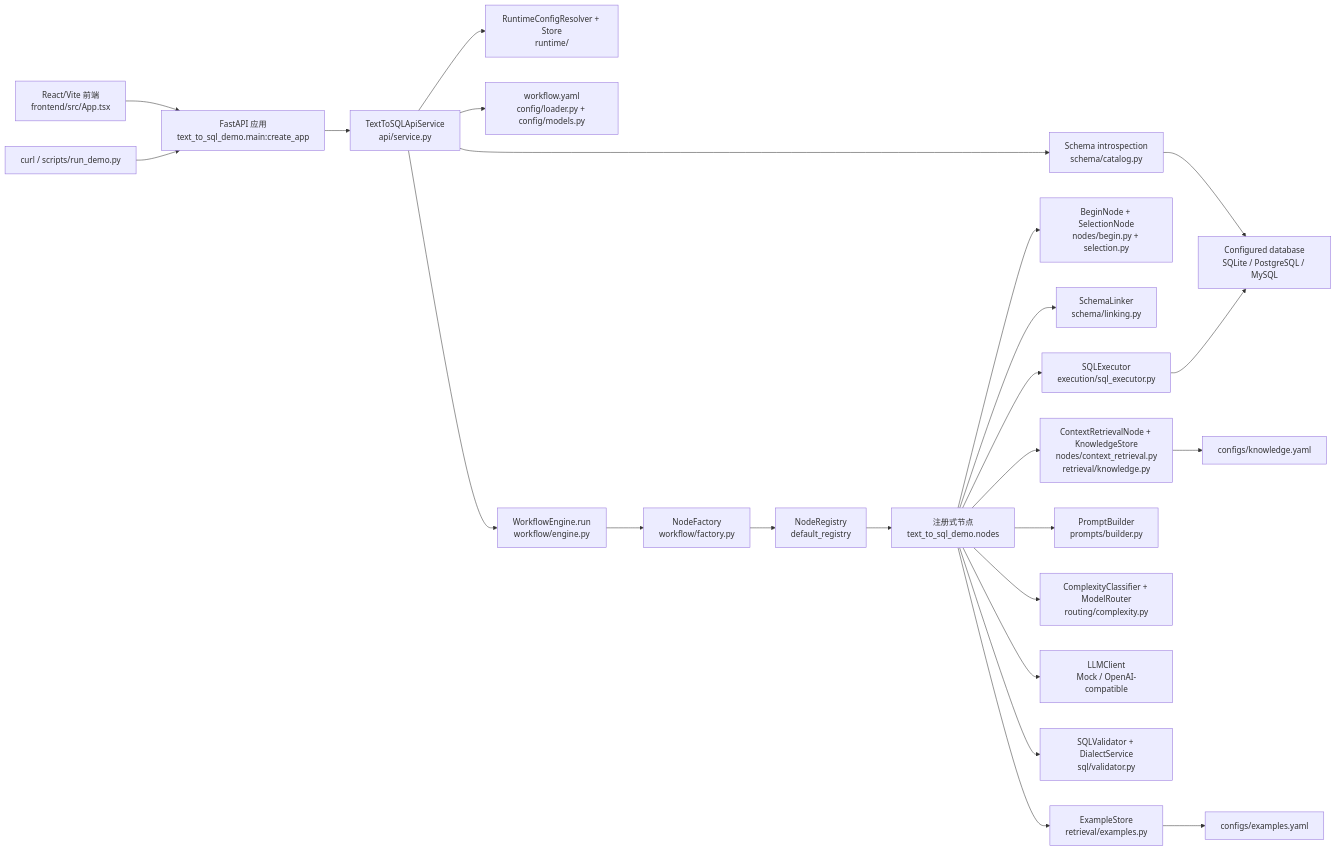
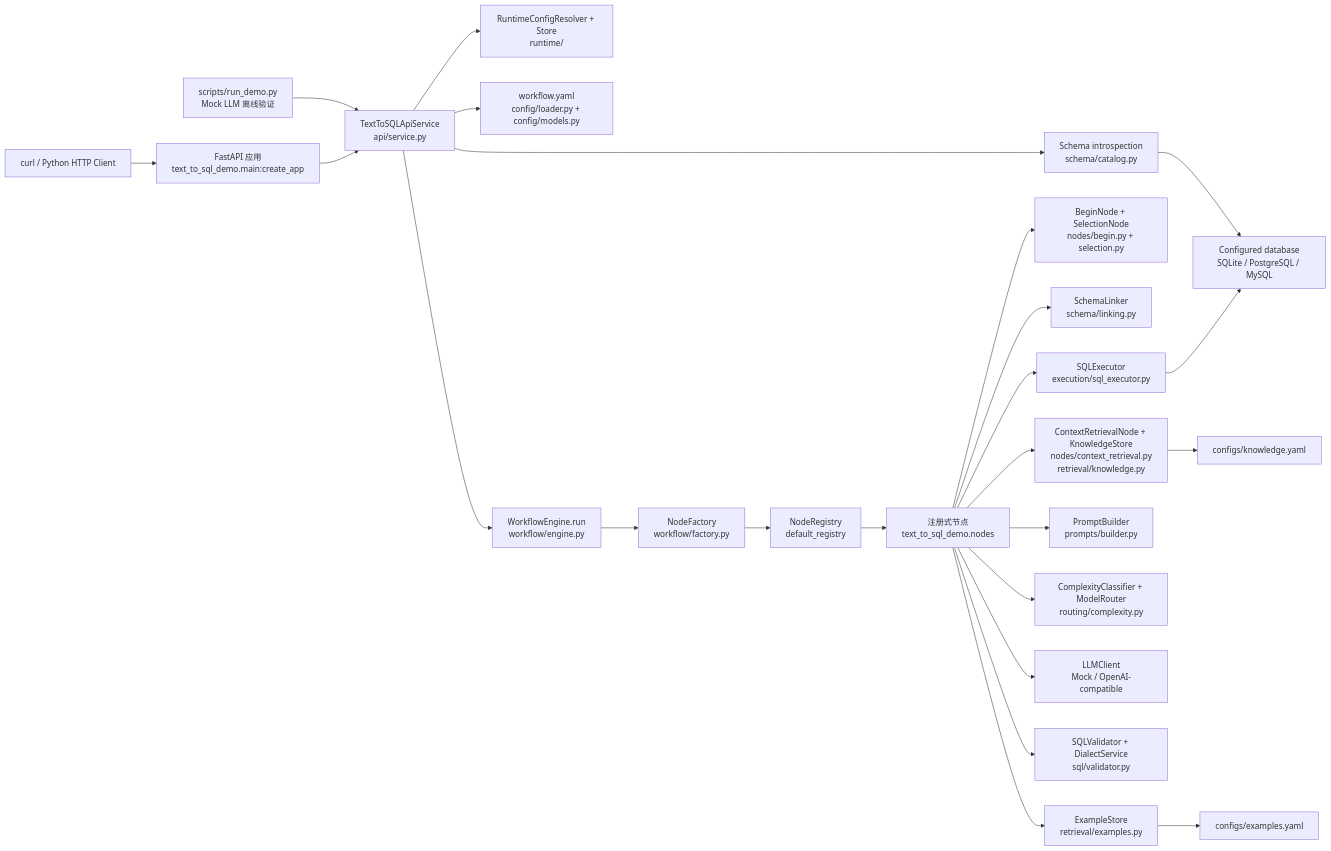
The diagram in docs/整体架构.md (lingyunjie321/text-to-sql-lite), drawn with Mermaid before and after one commit. The commit also changed other lines of this file and 23 other files, not shown here.

````diff
--- a/docs/整体架构.md
+++ b/docs/整体架构.md
@@ -81,30 +79,30 @@
 ```mermaid
 graph LR
-    Browser["React/Vite 前端\nfrontend/src/App.tsx"] --> Api["FastAPI 应用\ntext_to_sql_demo.main:create_app"]
-    Curl["curl / scripts/run_demo.py"] --> Api
+    Client["curl / Python HTTP Client"] --> Api["FastAPI 应用\ntext_to_sql_demo.main:create_app"]
+    Offline["scripts/run_demo.py\nMock LLM 离线验证"] --> Service
 
     Api --> Service["TextToSQLApiService\napi/service.py"]
     Service --> Runtime["RuntimeConfigResolver + Store\nruntime/"]
     Service --> Config["workflow.yaml\nconfig/loader.py + config/models.py"]
     Service --> Schema["Schema introspection\nschema/catalog.py"]
     Service --> Engine["WorkflowEngine.run\nworkflow/engine.py"]
 
     Engine --> Factory["NodeFactory\nworkflow/factory.py"]
     Factory --> Registry["NodeRegistry\ndefault_registry"]
     Registry --> Nodes["注册式节点\ntext_to_sql_demo.nodes"]
 
     Nodes --> Begin["BeginNode + SelectionNode\nnodes/begin.py + selection.py"]
     Nodes --> Linking["SchemaLinker\nschema/linking.py"]
     Nodes --> Knowledge["ContextRetrievalNode + KnowledgeStore\nnodes/context_retrieval.py\nretrieval/knowledge.py"]
     Nodes --> Retrieval["ExampleStore\nretrieval/examples.py"]
     Nodes --> Prompt["PromptBuilder\nprompts/builder.py"]
     Nodes --> Router["ComplexityClassifier + ModelRouter\nrouting/complexity.py"]
     Nodes --> LLM["LLMClient\nMock / OpenAI-compatible"]
     Nodes --> Validator["SQLValidator + DialectService\nsql/validator.py"]
     Nodes --> Executor["SQLExecutor\nexecution/sql_executor.py"]
 
     Schema --> DB["Configured database\nSQLite / PostgreSQL / MySQL"]
     Executor --> DB
     Retrieval --> Examples["configs/examples.yaml"]
     Knowledge --> KnowledgeYaml["configs/knowledge.yaml"]
 ```
````
